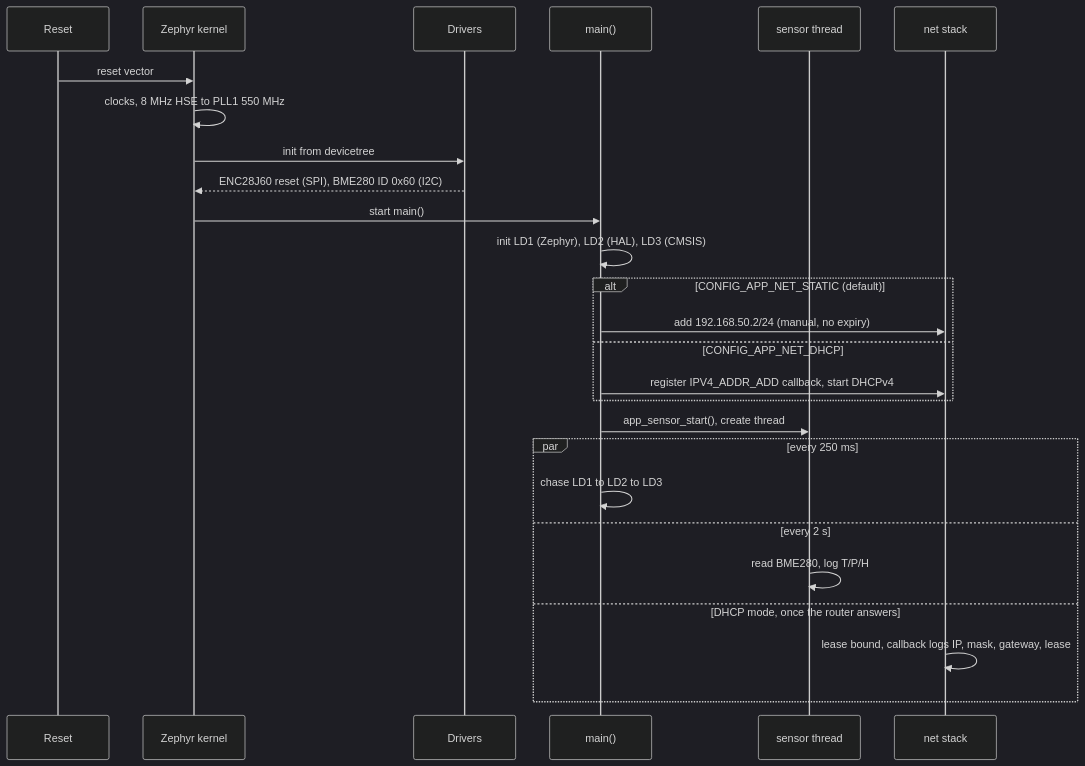
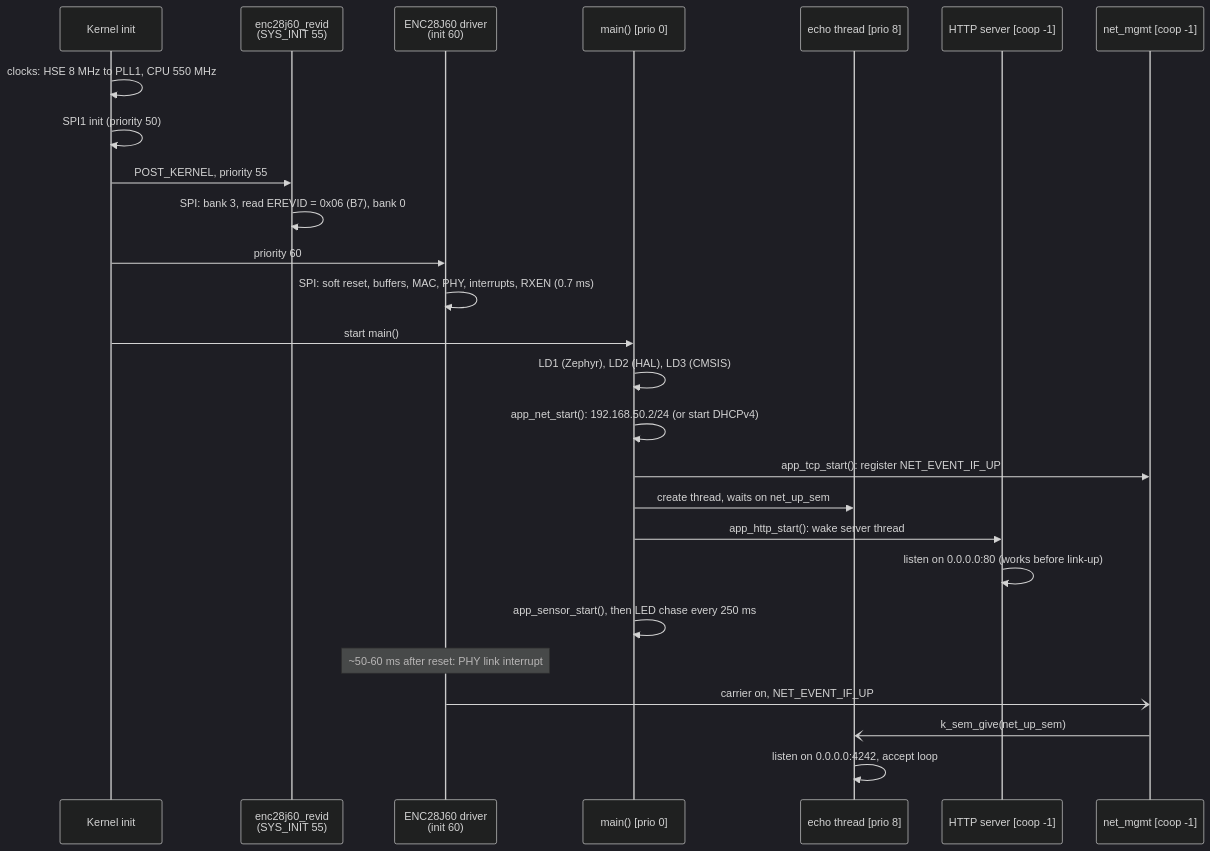
Before and after one commit to kgsinh/eco-connect-gateway: the second of 4 diagrams in docs/architecture.md, drawn with Mermaid (dark theme). The commit also changed other lines of this file and 6 other files, not shown here.

First line of the commit message:
Docs: architecture diagrams and references for the TCP/IP work

````diff
--- a/docs/architecture.md
+++ b/docs/architecture.md
@@ -62,28 +71,28 @@
 ```mermaid
 sequenceDiagram
-    participant R as Reset
-    participant K as Zephyr kernel
-    participant D as Drivers
-    participant M as main()
-    participant S as sensor thread
-    participant N as net stack
-    R->>K: reset vector
-    K->>K: clocks, 8 MHz HSE to PLL1 550 MHz
-    K->>D: init from devicetree
-    D-->>K: ENC28J60 reset (SPI), BME280 ID 0x60 (I2C)
+    participant K as Kernel init
+    participant RV as enc28j60_revid<br/>(SYS_INIT 55)
+    participant D as ENC28J60 driver<br/>(init 60)
+    participant M as main() [prio 0]
+    participant T as echo thread [prio 8]
+    participant H as HTTP server [coop -1]
+    participant E as net_mgmt [coop -1]
+    K->>K: clocks: HSE 8 MHz to PLL1, CPU 550 MHz
+    K->>K: SPI1 init (priority 50)
+    K->>RV: POST_KERNEL, priority 55
+    RV->>RV: SPI: bank 3, read EREVID = 0x06 (B7), bank 0
+    K->>D: priority 60
+    D->>D: SPI: soft reset, buffers, MAC, PHY, interrupts, RXEN (0.7 ms)
     K->>M: start main()
-    M->>M: init LD1 (Zephyr), LD2 (HAL), LD3 (CMSIS)
-    alt CONFIG_APP_NET_STATIC (default)
-        M->>N: add 192.168.50.2/24 (manual, no expiry)
-    else CONFIG_APP_NET_DHCP
-        M->>N: register IPV4_ADDR_ADD callback, start DHCPv4
-    end
-    M->>S: app_sensor_start(), create thread
-    par every 250 ms
-        M->>M: chase LD1 to LD2 to LD3
-    and every 2 s
-        S->>S: read BME280, log T/P/H
-    and DHCP mode, once the router answers
-        N->>N: lease bound, callback logs IP, mask, gateway, lease
-    end
+    M->>M: LD1 (Zephyr), LD2 (HAL), LD3 (CMSIS)
+    M->>M: app_net_start(): 192.168.50.2/24 (or start DHCPv4)
+    M->>E: app_tcp_start(): register NET_EVENT_IF_UP
+    M->>T: create thread, waits on net_up_sem
+    M->>H: app_http_start(): wake server thread
+    H->>H: listen on 0.0.0.0:80 (works before link-up)
+    M->>M: app_sensor_start(), then LED chase every 250 ms
+    Note over D: ~50-60 ms after reset: PHY link interrupt
+    D-)E: carrier on, NET_EVENT_IF_UP
+    E-)T: k_sem_give(net_up_sem)
+    T->>T: listen on 0.0.0.0:4242, accept loop
 ```
````
